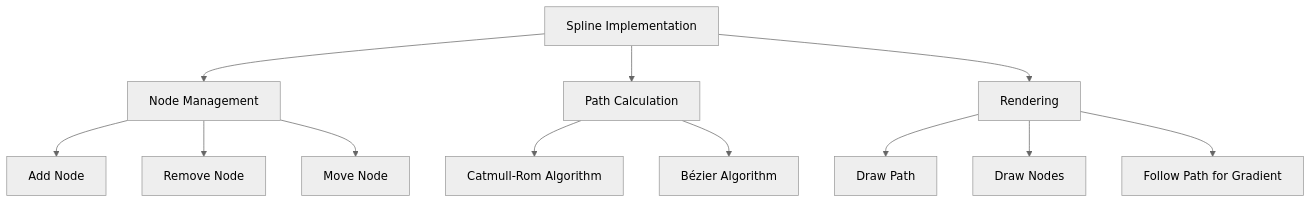
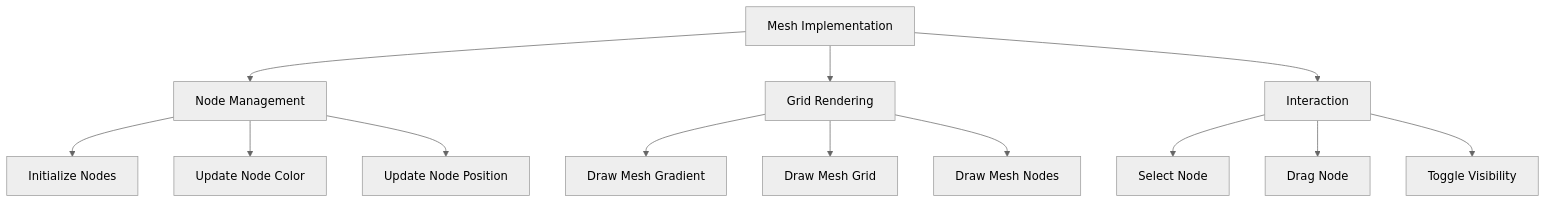
Before and after one commit to sjeibmann/Vue-P5js-Gradient-App: the fourth of 4 diagrams in cline_docs/systemPatterns.md, drawn with Mermaid (neutral theme). The commit also changed other lines of this file and 3 other files, not shown here.

Commit message:
converting to gradient mesh

````diff
--- a/cline_docs/systemPatterns.md
+++ b/cline_docs/systemPatterns.md
@@ -308,19 +424,20 @@
 ```mermaid
 flowchart TD
-    SplineImplementation[Spline Implementation]
+    MeshImplementation[Mesh Implementation]
     
-    SplineImplementation --> NodeManagement[Node Management]
-    SplineImplementation --> PathCalculation[Path Calculation]
-    SplineImplementation --> Rendering[Rendering]
+    MeshImplementation --> NodeManagement[Node Management]
+    MeshImplementation --> GridRendering[Grid Rendering]
+    MeshImplementation --> Interaction[Interaction]
     
-    NodeManagement --> AddNode[Add Node]
-    NodeManagement --> RemoveNode[Remove Node]
-    NodeManagement --> MoveNode[Move Node]
+    NodeManagement --> InitializeNodes[Initialize Nodes]
+    NodeManagement --> UpdateNodeColor[Update Node Color]
+    NodeManagement --> UpdateNodePosition[Update Node Position]
     
-    PathCalculation --> CatmullRom[Catmull-Rom Algorithm]
-    PathCalculation --> Bezier[Bézier Algorithm]
+    GridRendering --> DrawMeshGradient[Draw Mesh Gradient]
+    GridRendering --> DrawMeshGrid[Draw Mesh Grid]
+    GridRendering --> DrawMeshNodes[Draw Mesh Nodes]
     
-    Rendering --> DrawPath[Draw Path]
-    Rendering --> DrawNodes[Draw Nodes]
-    Rendering --> FollowPath[Follow Path for Gradient]
+    Interaction --> SelectNode[Select Node]
+    Interaction --> DragNode[Drag Node]
+    Interaction --> ToggleVisibility[Toggle Visibility]
 ```
````
